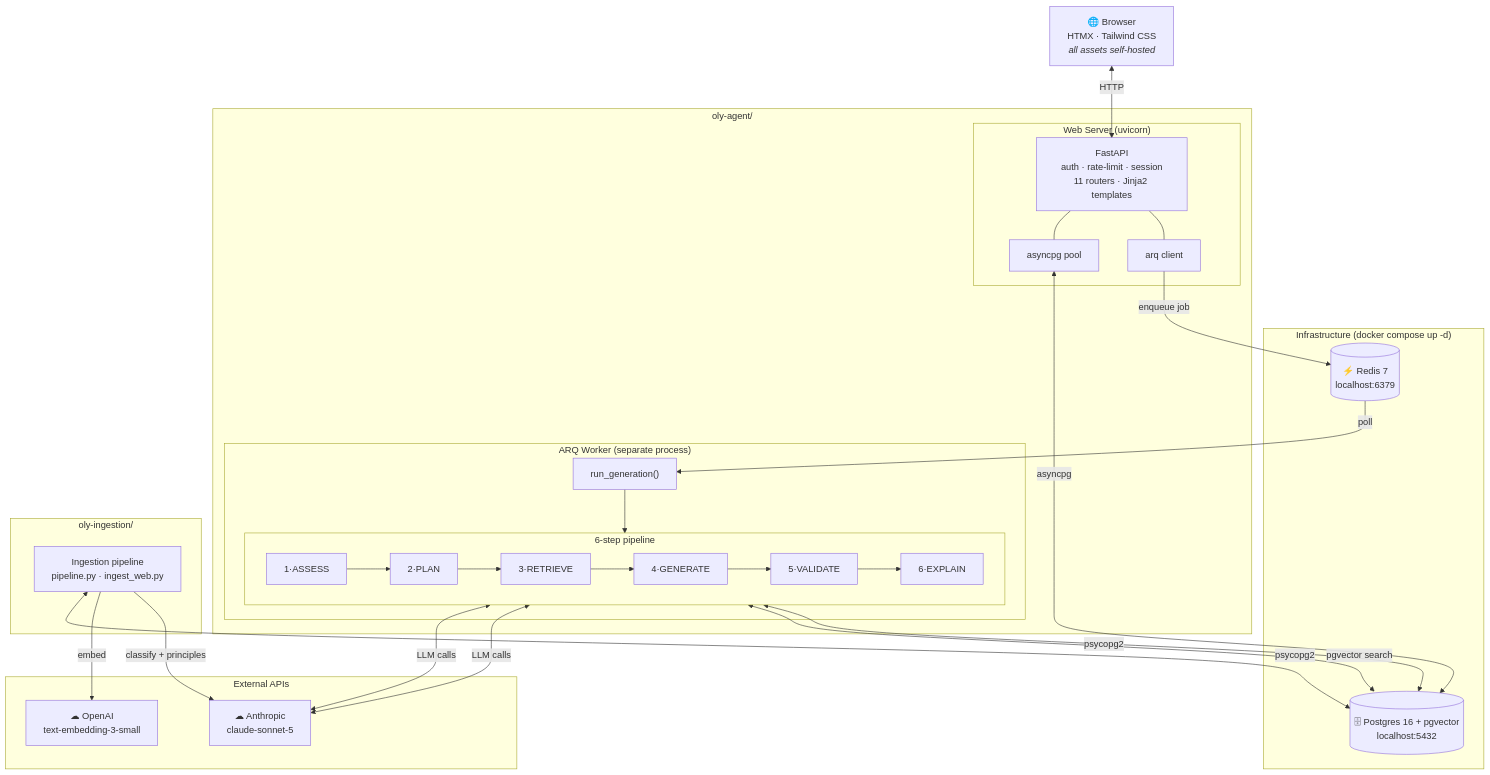
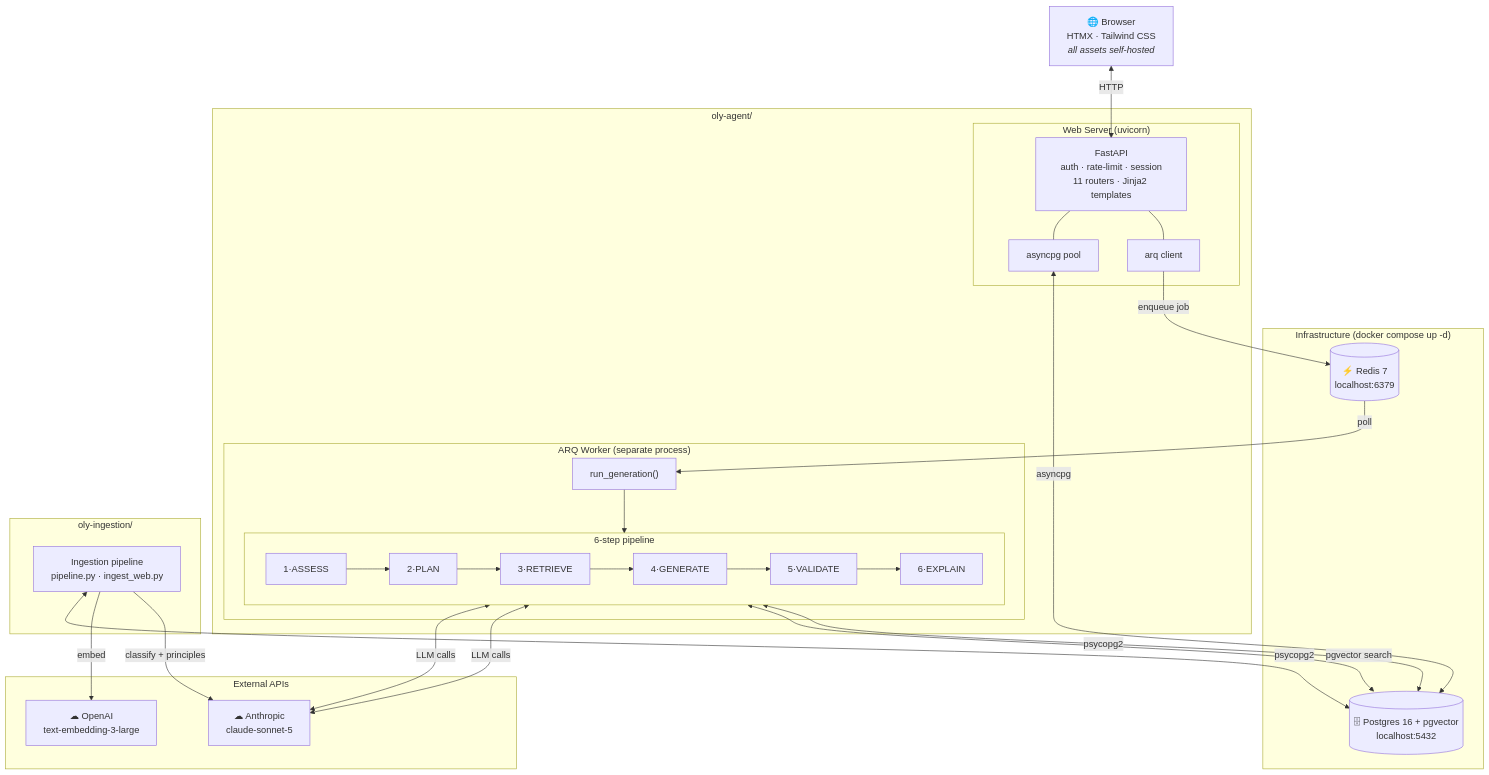
The first of 4 diagrams in ARCHITECTURE.md (dcmshi/oly-program-generator), drawn with Mermaid before and after one commit. The commit also changed other lines of this file and 11 other files, not shown here.

First line of the commit message:
feat(rag): EMBED-1 — corpus on text-embedding-3-large @ 1536; build_golden --extend for same-label comparisons

````diff
--- a/ARCHITECTURE.md
+++ b/ARCHITECTURE.md
@@ -5,49 +5,49 @@
 ```mermaid
 flowchart TB
     Browser["🌐 Browser<br/>HTMX · Tailwind CSS<br/><i>all assets self-hosted</i>"]
 
     subgraph infra["Infrastructure  (docker compose up -d)"]
         PG[("🗄 Postgres 16 + pgvector<br/>localhost:5432")]
         RD[("⚡ Redis 7<br/>localhost:6379")]
     end
 
     subgraph agent["oly-agent/"]
         subgraph web["Web Server  (uvicorn)"]
             App["FastAPI<br/>auth · rate-limit · session<br/>11 routers · Jinja2 templates"]
             APool["asyncpg pool"]
             AQueue["arq client"]
         end
 
         subgraph worker["ARQ Worker  (separate process)"]
             WFn["run_generation()"]
             subgraph pipe["6-step pipeline"]
                 direction LR
                 S1["1·ASSESS"] --> S2["2·PLAN"] --> S3["3·RETRIEVE"]
                 S3 --> S4["4·GENERATE"] --> S5["5·VALIDATE"] --> S6["6·EXPLAIN"]
             end
         end
     end
 
     subgraph ingestion["oly-ingestion/"]
         Ing["Ingestion pipeline<br/>pipeline.py · ingest_web.py"]
     end
 
     subgraph ext["External APIs"]
         Anthropic["☁ Anthropic<br/>claude-sonnet-5"]
-        OpenAI["☁ OpenAI<br/>text-embedding-3-small"]
+        OpenAI["☁ OpenAI<br/>text-embedding-3-large"]
     end
 
     Browser <-->|HTTP| App
     App --- APool & AQueue
     APool <-->|asyncpg| PG
     AQueue -->|enqueue job| RD
     RD -->|poll| WFn
     WFn --> pipe
     pipe <-->|psycopg2| PG
     S4 & S6 <-->|LLM calls| Anthropic
     S3 <-->|pgvector search| PG
 
     Ing <-->|psycopg2| PG
     Ing -->|embed| OpenAI
     Ing -->|classify + principles| Anthropic
 ```
````
